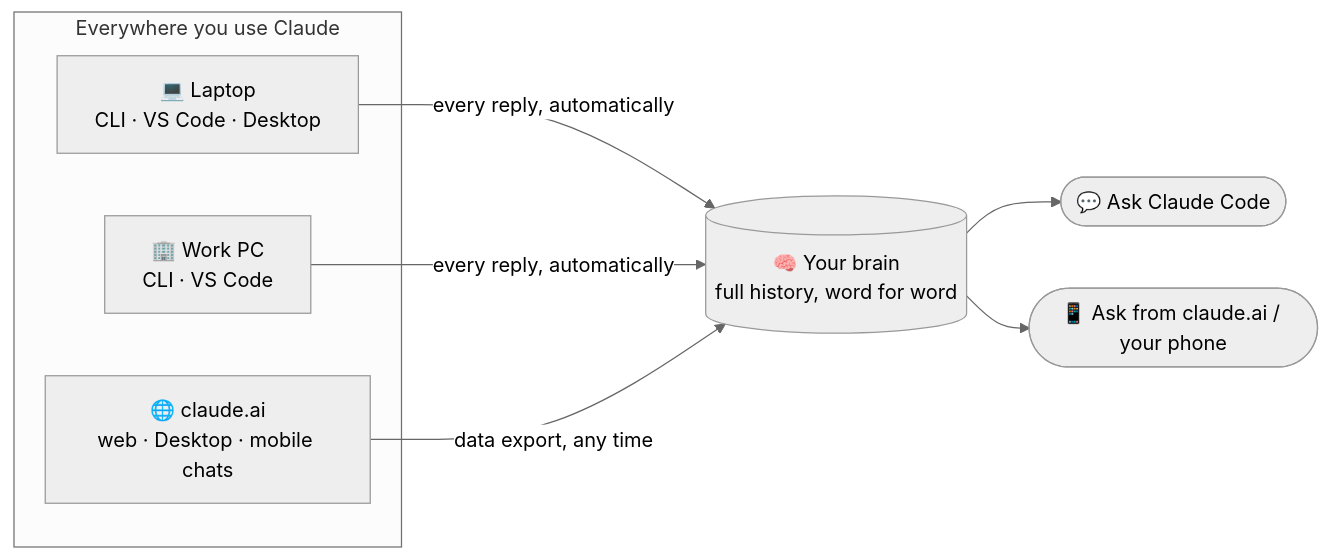
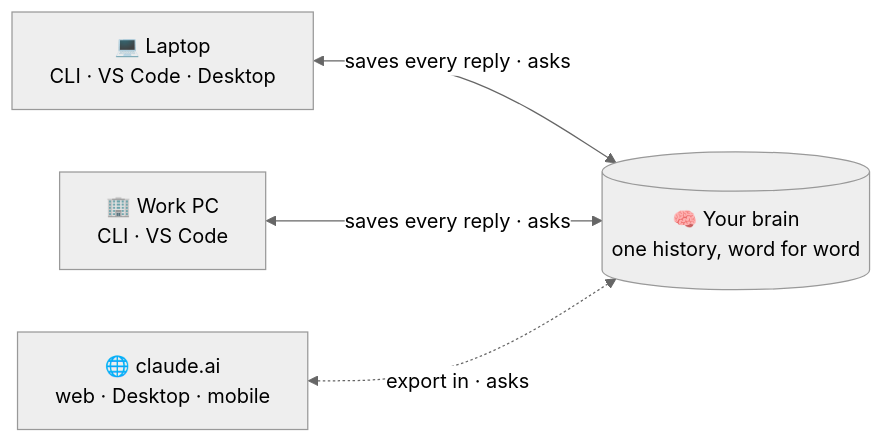
The first of 3 diagrams in README.md (aavzpy2023/ClaudeBrain), drawn with Mermaid (neutral theme) before and after one commit. The commit also changed other lines of this file, not shown here.

Commit message:
README: hero diagram shows one shared brain that every device saves to and asks

````diff
--- a/README.md
+++ b/README.md
@@ -45,12 +45,6 @@
 ```mermaid
 flowchart LR
-    subgraph Devices["Everywhere you use Claude"]
-        H["💻 Laptop<br/>CLI · VS Code · Desktop"]
-        W["🏢 Work PC<br/>CLI · VS Code"]
-        A["🌐 claude.ai<br/>web · Desktop · mobile chats"]
-    end
-    H & W -->|"every reply, automatically"| B[("🧠 Your brain<br/>full history, word for word")]
-    A -->|"data export, any time"| B
-    B --> Q1(["💬 Ask Claude Code"])
-    B --> Q2(["📱 Ask from claude.ai / your phone"])
+    H["💻 Laptop<br/>CLI · VS Code · Desktop"] <-->|"saves every reply · asks"| B[("🧠 Your brain<br/>one history, word for word")]
+    W["🏢 Work PC<br/>CLI · VS Code"] <-->|"saves every reply · asks"| B
+    A["🌐 claude.ai<br/>web · Desktop · mobile"] <-.->|"export in · asks"| B
 ```
````
